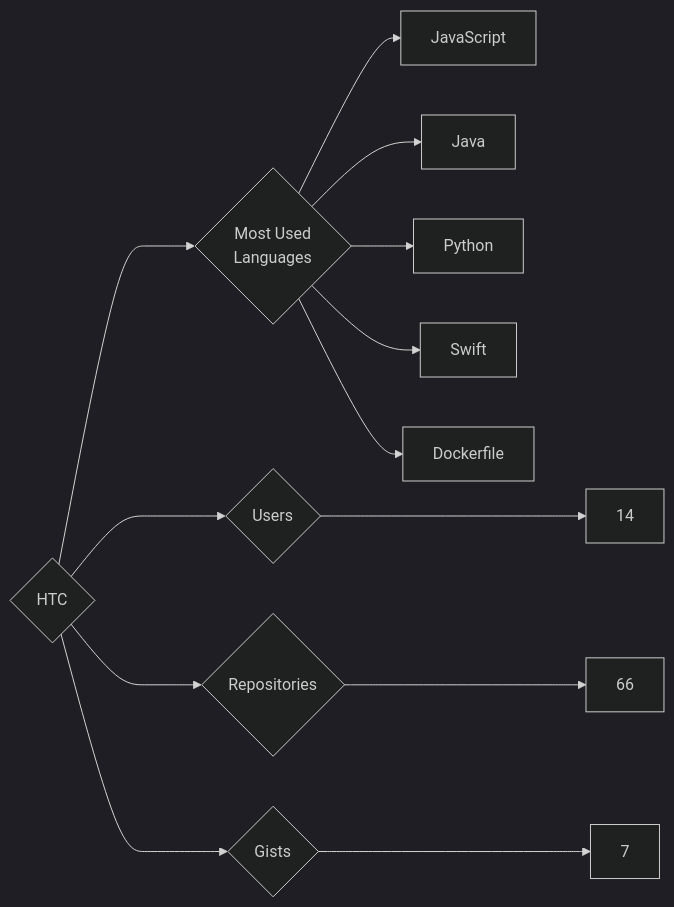
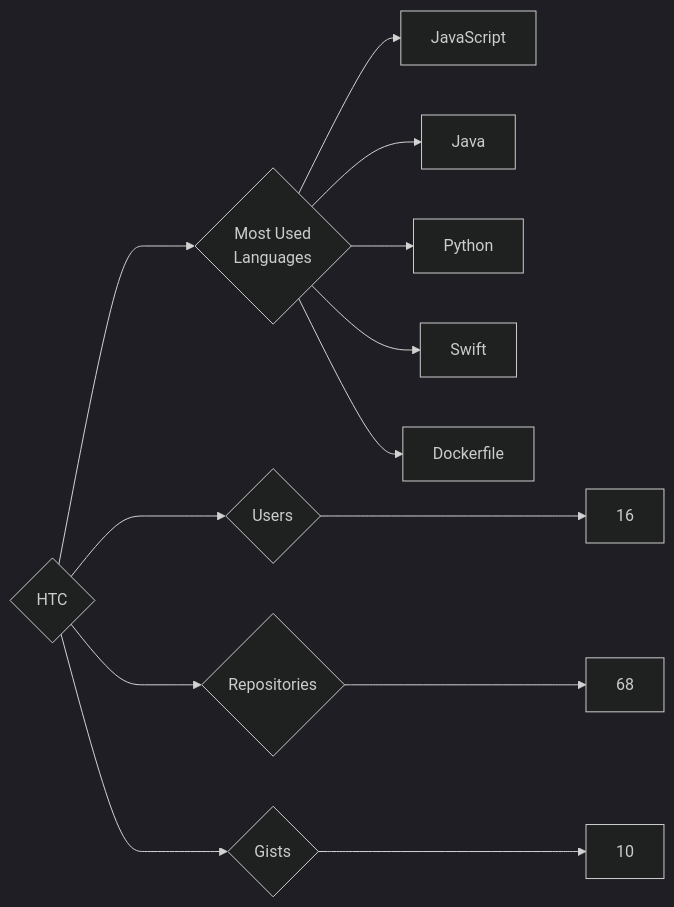
Before and after one commit to trickest/insiders: the diagram in targets/HTC/README.md, drawn with Mermaid (dark theme). The commit also changed 925 other files, not shown here.

````diff
--- a/targets/HTC/README.md
+++ b/targets/HTC/README.md
@@ -3,13 +3,13 @@
 ```mermaid
 graph LR
 COMPANY_NAME{HTC}
-COMPANY_NAME ---> U{Users} ---> UN[14]
-COMPANY_NAME ---> R{Repositories} ---> RN[66]
-COMPANY_NAME ---> G{Gists} ---> GN[7]
+COMPANY_NAME ---> U{Users} ---> UN[16]
+COMPANY_NAME ---> R{Repositories} ---> RN[68]
+COMPANY_NAME ---> G{Gists} ---> GN[10]
 COMPANY_NAME ---> ML{Most Used<br>Languages}
 ML --> JavaScript[JavaScript]
 ML --> Java[Java]
 ML --> Python[Python]
 ML --> Swift[Swift]
 ML --> Dockerfile[Dockerfile]
 ```
````
